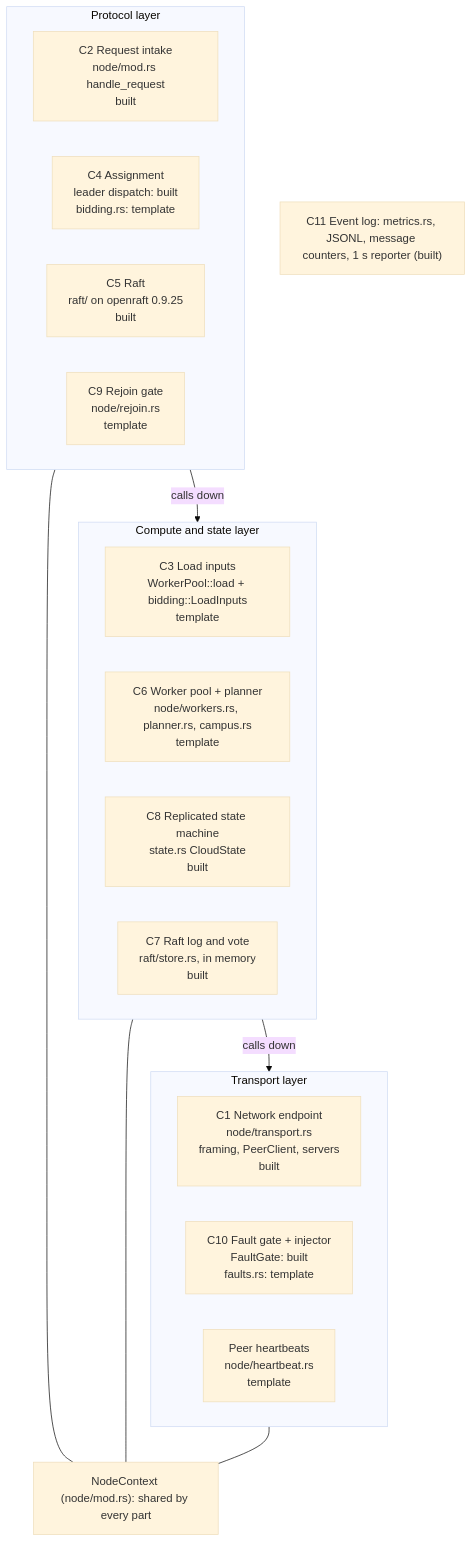
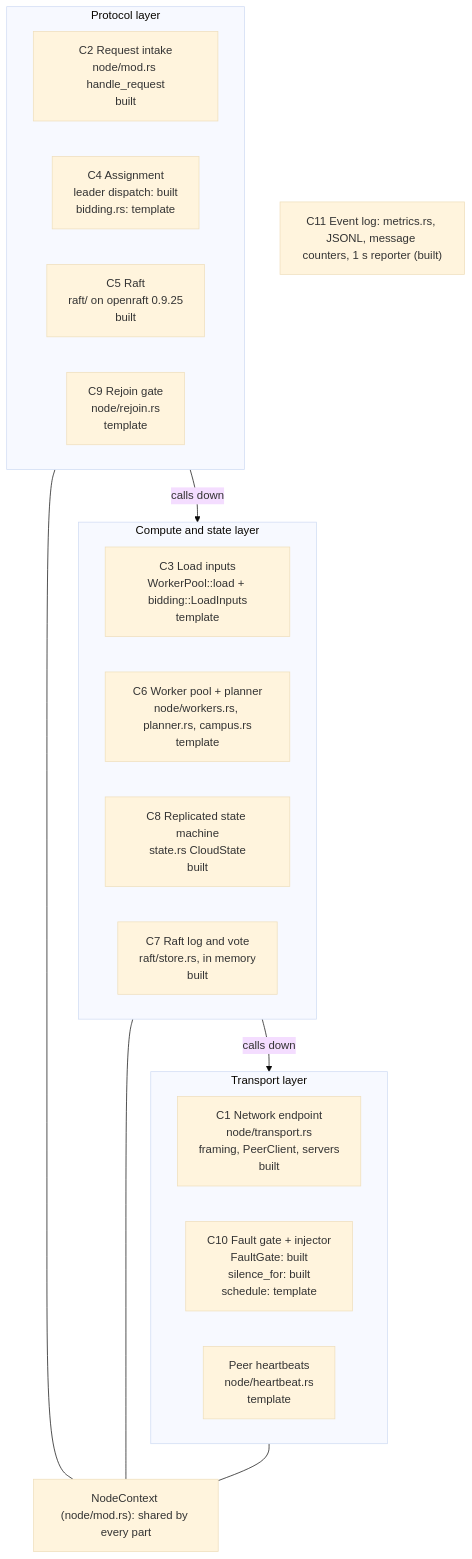
One commit to noortaytoy1/DistributedSystems changed the second of 26 diagrams in docs/architecture.md. Above: the diagram before and after it, drawn with Mermaid (base theme). The commit also changed other lines of this file and 5 other files, not shown here.

First line of the commit message:
Implement manual faults: ctl silence with limits and no overlap

````diff
--- a/docs/architecture.md
+++ b/docs/architecture.md
@@ -126,30 +126,30 @@
 ```mermaid
 flowchart TB
     subgraph TR["Transport layer"]
         direction LR
         C1["C1 Network endpoint<br/>node/transport.rs<br/>framing, PeerClient, servers<br/>built"]
-        C10["C10 Fault gate + injector<br/>FaultGate: built<br/>faults.rs: template"]
+        C10["C10 Fault gate + injector<br/>FaultGate: built<br/>silence_for: built<br/>schedule: template"]
         HB["Peer heartbeats<br/>node/heartbeat.rs<br/>template"]
     end
     subgraph PR["Protocol layer"]
         direction LR
         C2["C2 Request intake<br/>node/mod.rs handle_request<br/>built"]
         C4["C4 Assignment<br/>leader dispatch: built<br/>bidding.rs: template"]
         C5["C5 Raft<br/>raft/ on openraft 0.9.25<br/>built"]
         C9["C9 Rejoin gate<br/>node/rejoin.rs<br/>template"]
     end
     subgraph CS["Compute and state layer"]
         direction LR
         C3["C3 Load inputs<br/>WorkerPool::load + bidding::LoadInputs<br/>template"]
         C6["C6 Worker pool + planner<br/>node/workers.rs, planner.rs, campus.rs<br/>template"]
         C8["C8 Replicated state machine<br/>state.rs CloudState<br/>built"]
         C7["C7 Raft log and vote<br/>raft/store.rs, in memory<br/>built"]
     end
     C11["C11 Event log: metrics.rs, JSONL, message counters, 1 s reporter (built)"]
     CTX["NodeContext (node/mod.rs): shared by every part"]
     PR -->|calls down| CS
     CS -->|calls down| TR
     PR --- CTX
     CS --- CTX
     TR --- CTX
 ```
````
